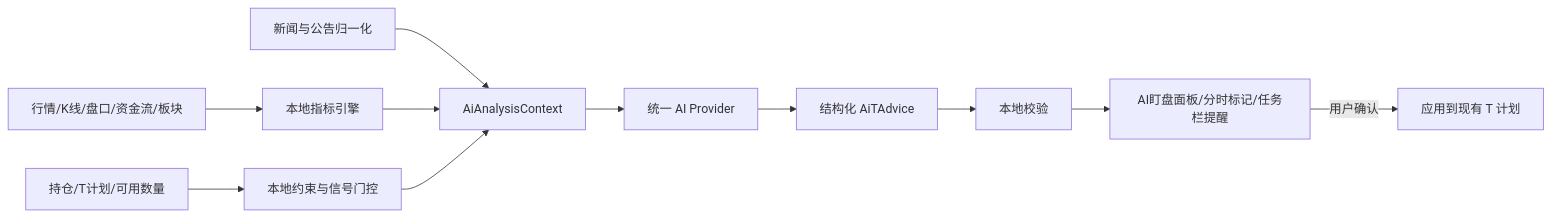
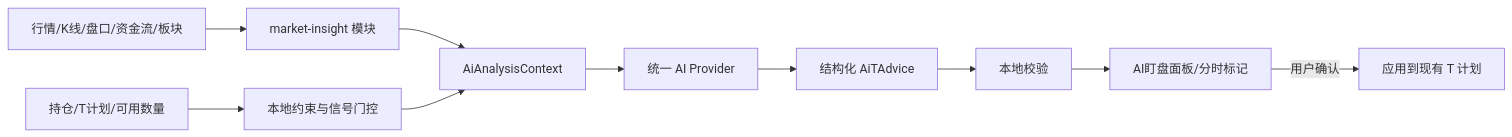
The second of 2 diagrams in docs/wiki/08-ai-extension-points.md (SingleOne/JianZhang), drawn with Mermaid before and after one commit. The commit also changed other lines of this file and 56 other files, not shown here.

````diff
--- a/docs/wiki/08-ai-extension-points.md
+++ b/docs/wiki/08-ai-extension-points.md
@@ -32,13 +61,12 @@
 ```mermaid
 flowchart LR
-    MARKET["行情/K线/盘口/资金流/板块"] --> IND["本地指标引擎"]
+    MARKET["行情/K线/盘口/资金流/板块"] --> INSIGHT["market-insight 模块"]
     POSITION["持仓/T计划/可用数量"] --> RULES["本地约束与信号门控"]
-    NEWS["新闻与公告归一化"] --> CONTEXT["AiAnalysisContext"]
-    IND --> CONTEXT
+    INSIGHT --> CONTEXT["AiAnalysisContext"]
     RULES --> CONTEXT
     CONTEXT --> ADAPTER["统一 AI Provider"]
     ADAPTER --> OUTPUT["结构化 AiTAdvice"]
     OUTPUT --> VALIDATE["本地校验"]
-    VALIDATE --> UI["AI盯盘面板/分时标记/任务栏提醒"]
+    VALIDATE --> UI["AI盯盘面板/分时标记"]
     UI -->|"用户确认"| PLAN["应用到现有 T 计划"]
 ```
````
